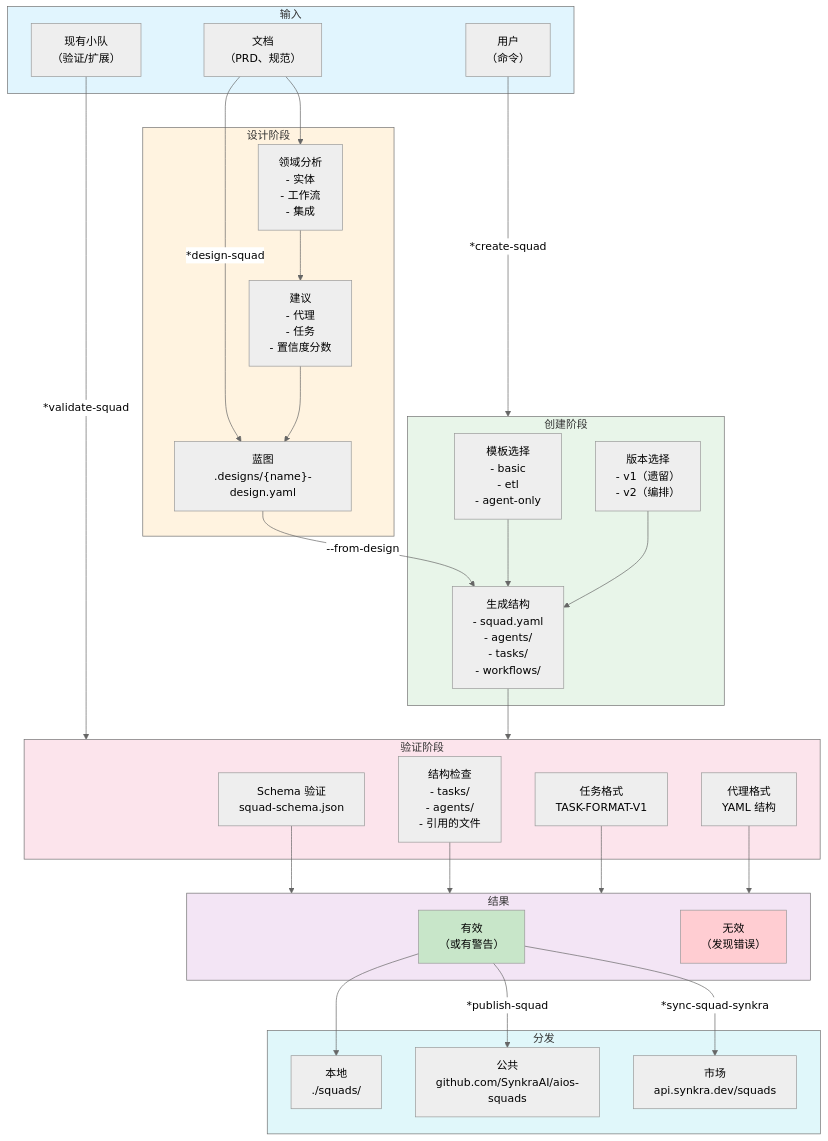
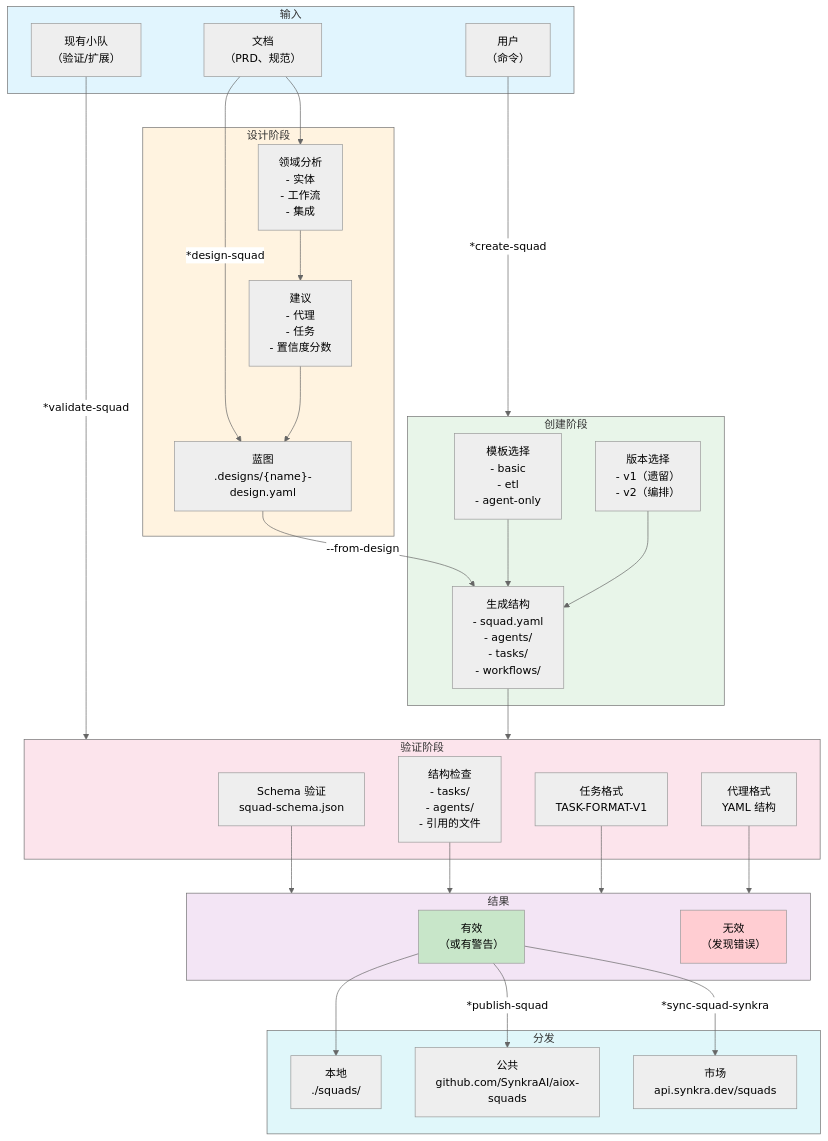
The first of 6 diagrams in docs/zh/aiox-agent-flows/squad-creator-system.md (henriquetj159/henriquetj), drawn with Mermaid (neutral theme) before and after one commit. The commit also changed other lines of this file and 2056 other files, not shown here.

First line of the commit message:
chore: update aios→aiox references in file contents

````diff
--- a/docs/zh/aiox-agent-flows/squad-creator-system.md
+++ b/docs/zh/aiox-agent-flows/squad-creator-system.md
@@ -113,69 +113,69 @@
 ```mermaid
 flowchart TB
     subgraph INPUTS["输入"]
         DOCS["文档<br/>（PRD、规范）"]
         USER["用户<br/>（命令）"]
         EXISTING["现有小队<br/>（验证/扩展）"]
     end
 
     DOCS -->|"*design-squad"| BLUEPRINT
     USER -->|"*create-squad"| CREATE
     EXISTING -->|"*validate-squad"| VALIDATE
 
     subgraph DESIGN["设计阶段"]
         BLUEPRINT["蓝图<br/>.designs/{name}-design.yaml"]
         ANALYSIS["领域分析<br/>- 实体<br/>- 工作流<br/>- 集成"]
         RECOMMEND["建议<br/>- 代理<br/>- 任务<br/>- 置信度分数"]
     end
 
     DOCS --> ANALYSIS
     ANALYSIS --> RECOMMEND
     RECOMMEND --> BLUEPRINT
 
     subgraph CREATE["创建阶段"]
         TEMPLATE["模板选择<br/>- basic<br/>- etl<br/>- agent-only"]
         VERSION["版本选择<br/>- v1（遗留）<br/>- v2（编排）"]
         GENERATE["生成结构<br/>- squad.yaml<br/>- agents/<br/>- tasks/<br/>- workflows/"]
     end
 
     BLUEPRINT -->|"--from-design"| GENERATE
     TEMPLATE --> GENERATE
     VERSION --> GENERATE
 
     subgraph VALIDATE["验证阶段"]
         SCHEMA["Schema 验证<br/>squad-schema.json"]
         STRUCTURE["结构检查<br/>- tasks/<br/>- agents/<br/>- 引用的文件"]
         TASK_FMT["任务格式<br/>TASK-FORMAT-V1"]
         AGENT_FMT["代理格式<br/>YAML 结构"]
     end
 
     GENERATE --> VALIDATE
     SCHEMA --> RESULT
     STRUCTURE --> RESULT
     TASK_FMT --> RESULT
     AGENT_FMT --> RESULT
 
     subgraph RESULT["结果"]
         VALID["有效<br/>（或有警告）"]
         INVALID["无效<br/>（发现错误）"]
     end
 
     subgraph DISTRIBUTE["分发"]
         LOCAL["本地<br/>./squads/"]
-        PUBLIC["公共<br/>github.com/SynkraAI/aios-squads"]
+        PUBLIC["公共<br/>github.com/SynkraAI/aiox-squads"]
         MARKET["市场<br/>api.synkra.dev/squads"]
     end
 
     VALID --> LOCAL
     VALID -->|"*publish-squad"| PUBLIC
     VALID -->|"*sync-squad-synkra"| MARKET
 
     style INPUTS fill:#e1f5fe
     style DESIGN fill:#fff3e0
     style CREATE fill:#e8f5e9
     style VALIDATE fill:#fce4ec
     style RESULT fill:#f3e5f5
     style DISTRIBUTE fill:#e0f7fa
     style VALID fill:#c8e6c9
     style INVALID fill:#ffcdd2
 ```
````
